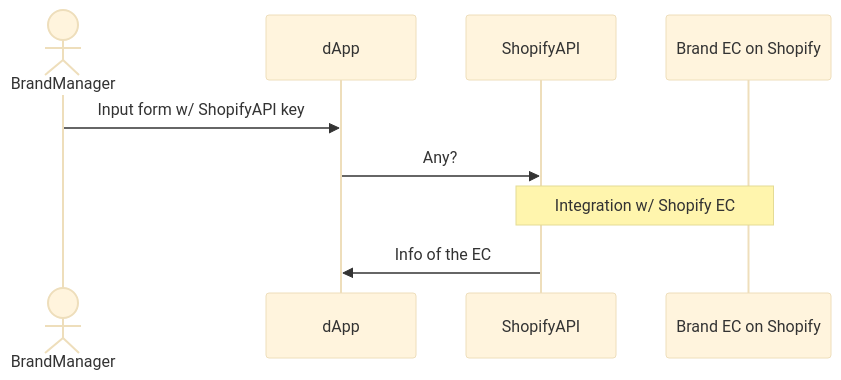
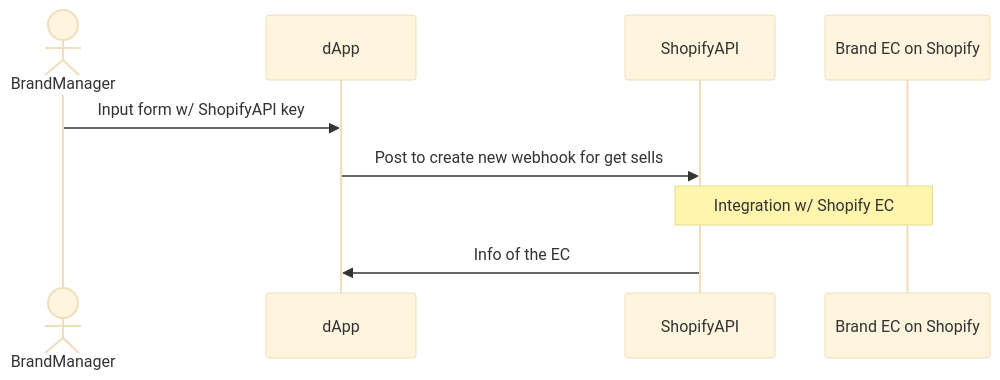
One commit to 0xShin0221/Frontend_ShopDAOGenerator_Chainlink2023 changed the diagram in docs/v1/ux_diagram/mds/1_integration_shopify.md. Above: the diagram before and after it, drawn with Mermaid (base theme).

Commit message:
feat: add explain

````diff
--- a/docs/v1/ux_diagram/mds/1_integration_shopify.md
+++ b/docs/v1/ux_diagram/mds/1_integration_shopify.md
@@ -1,8 +1,8 @@
 ```mermaid
 sequenceDiagram
 		actor BrandManager
 		BrandManager ->> dApp: Input form w/ ShopifyAPI key
-    dApp ->> ShopifyAPI: Any?
+    dApp ->> ShopifyAPI: Post to create new webhook for get sells
     Note over ShopifyAPI,Brand EC on Shopify:Integration w/ Shopify EC
     ShopifyAPI ->> dApp: Info of the EC
 ```
````
